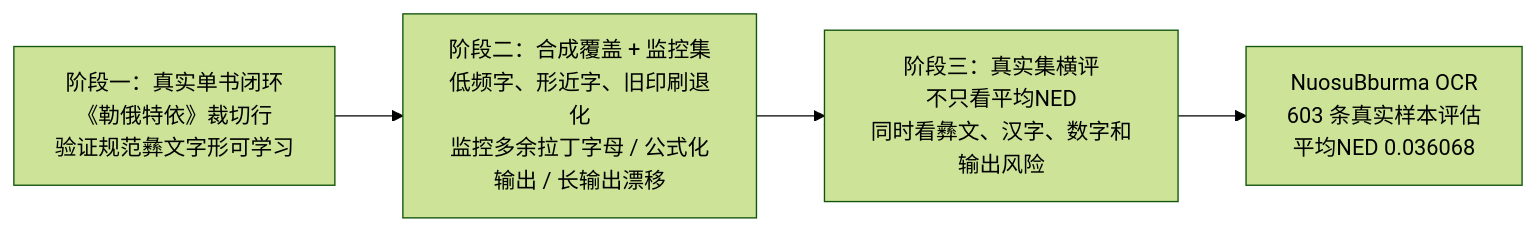
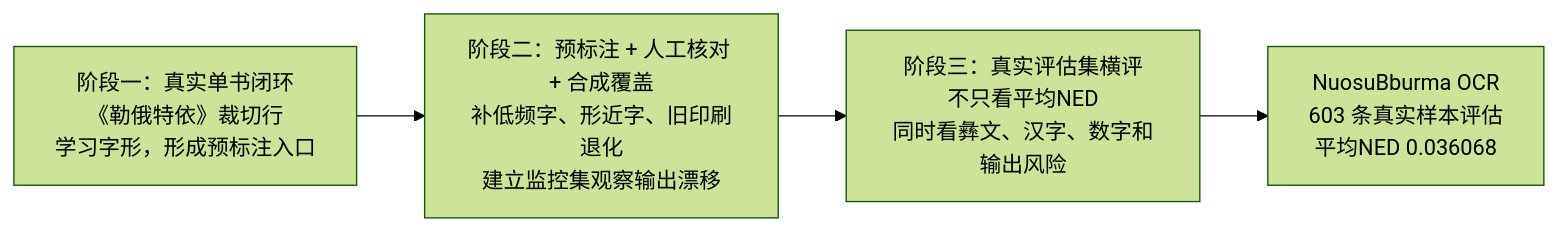
Before and after one commit to nanxidajun/nuosubburma-ocr-paddleocr-vl: the fifth of 5 diagrams in README.md, drawn with Mermaid (forest theme). The commit also changed other lines of this file, not shown here.

````diff
--- a/README.md
+++ b/README.md
@@ -102,6 +104,6 @@
 ```mermaid
 flowchart LR
-  A["阶段一：真实单书闭环<br/>《勒俄特依》裁切行<br/>验证规范彝文字形可学习"] --> B["阶段二：合成覆盖 + 监控集<br/>低频字、形近字、旧印刷退化<br/>监控多余拉丁字母 / 公式化输出 / 长输出漂移"]
-  B --> C["阶段三：真实集横评<br/>不只看平均NED<br/>同时看彝文、汉字、数字和输出风险"]
+  A["阶段一：真实单书闭环<br/>《勒俄特依》裁切行<br/>学习字形，形成预标注入口"] --> B["阶段二：预标注 + 人工核对 + 合成覆盖<br/>补低频字、形近字、旧印刷退化<br/>建立监控集观察输出漂移"]
+  B --> C["阶段三：真实评估集横评<br/>不只看平均NED<br/>同时看彝文、汉字、数字和输出风险"]
   C --> D["NuosuBburma OCR<br/>603 条真实样本评估<br/>平均NED 0.036068"]
 ```
````
